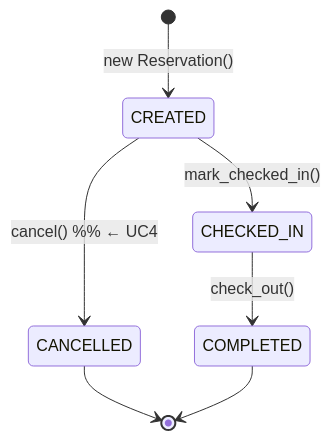
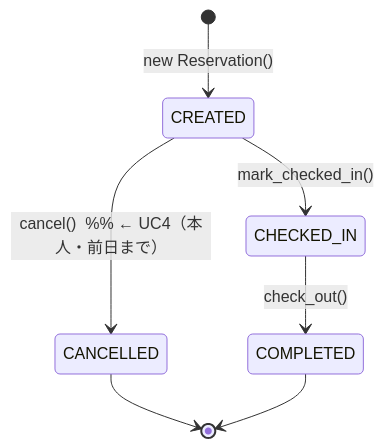
The fourth of 4 diagrams in Cancel_Feature_Proposal.md (Kohki-tyl/HRS), drawn with Mermaid before and after one commit. The commit also changed other lines of this file, not shown here.

````diff
--- a/Cancel_Feature_Proposal.md
+++ b/Cancel_Feature_Proposal.md
@@ -182,9 +193,9 @@
 ```mermaid
 stateDiagram-v2
     [*] --> CREATED : new Reservation()
     CREATED --> CHECKED_IN : mark_checked_in()
-    CREATED --> CANCELLED : cancel()  %% ← UC4
+    CREATED --> CANCELLED : cancel()  %% ← UC4（本人・前日まで）
     CHECKED_IN --> COMPLETED : check_out()
     CANCELLED --> [*]
     COMPLETED --> [*]
 ```
````
